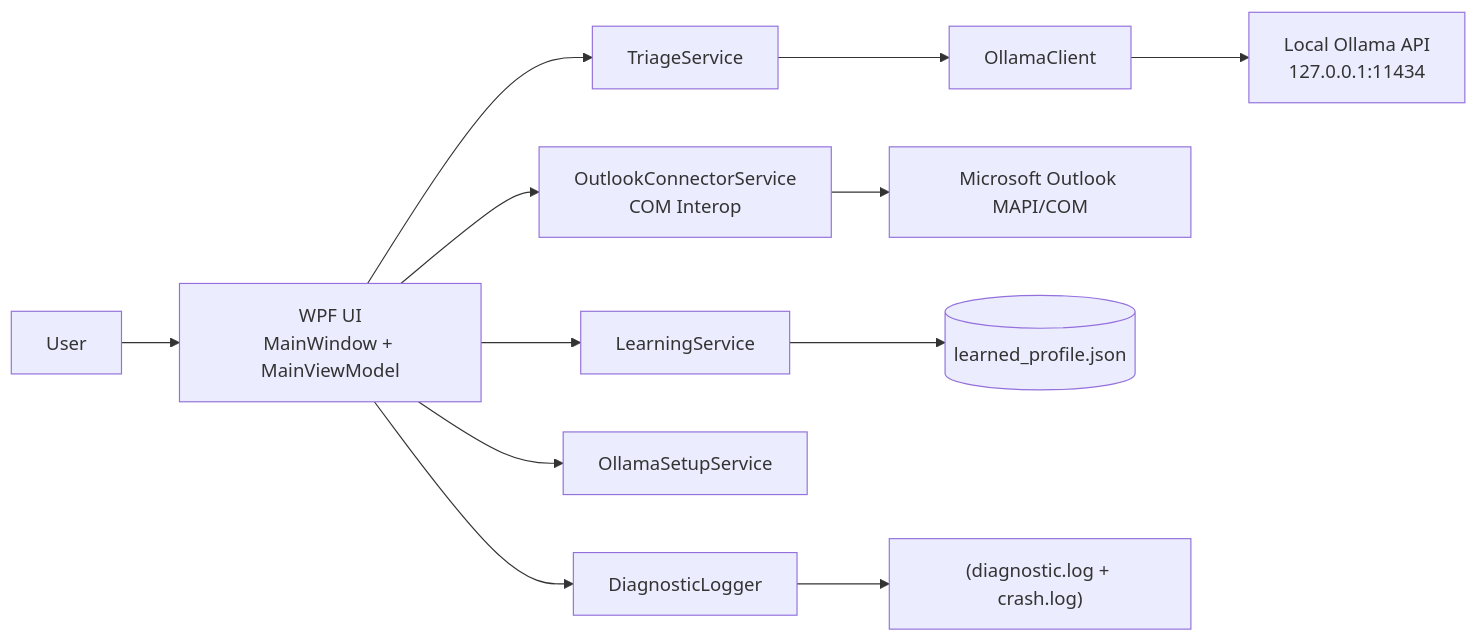
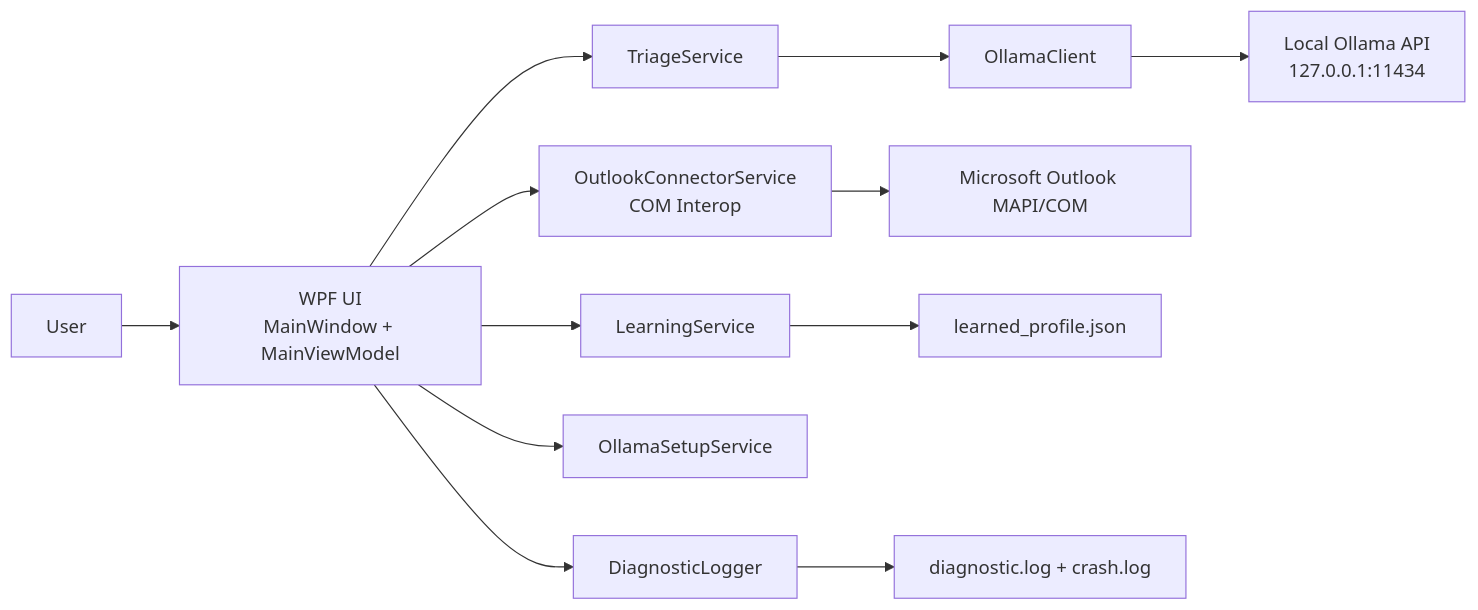
The first of 6 diagrams in Docs/MailZen_Architecture_and_User_Manual.md (kbdarius/MailZen), drawn with Mermaid before and after one commit. The commit also changed other lines of this file and 45 other files, not shown here.

````diff
--- a/Docs/MailZen_Architecture_and_User_Manual.md
+++ b/Docs/MailZen_Architecture_and_User_Manual.md
@@ -56,14 +68,14 @@
 ```mermaid
 graph LR
     U[User] --> UI["WPF UI<br/>MainWindow + MainViewModel"]
     UI --> OCS["OutlookConnectorService<br/>COM Interop"]
     UI --> LS[LearningService]
     UI --> TS[TriageService]
     UI --> OSS[OllamaSetupService]
     TS --> OC[OllamaClient]
     OC --> OA["Local Ollama API<br/>127.0.0.1:11434"]
     OCS --> O["Microsoft Outlook MAPI/COM"]
-    LS --> LP[(learned_profile.json)]
+    LS --> LP["learned_profile.json"]
     UI --> DL[DiagnosticLogger]
-    DL --> LOG["(diagnostic.log + crash.log)"]
+    DL --> LOG["diagnostic.log + crash.log"]
 ```
````
